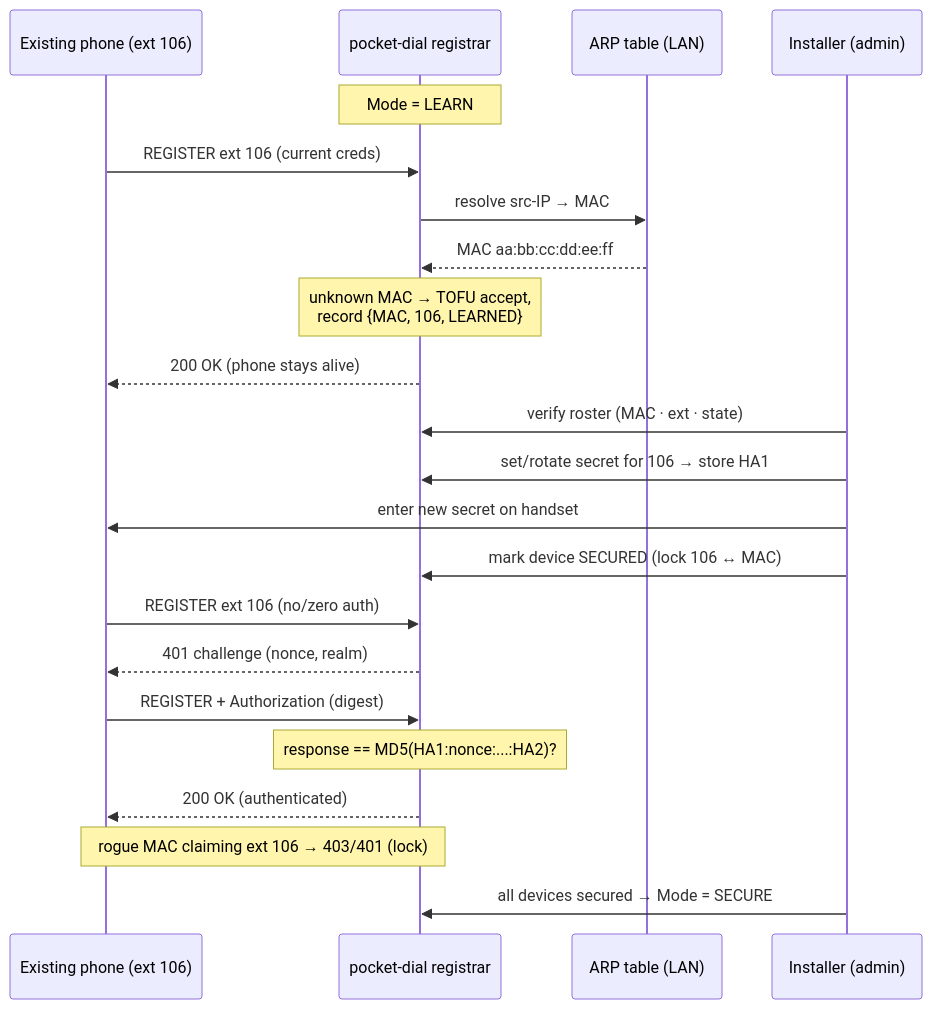
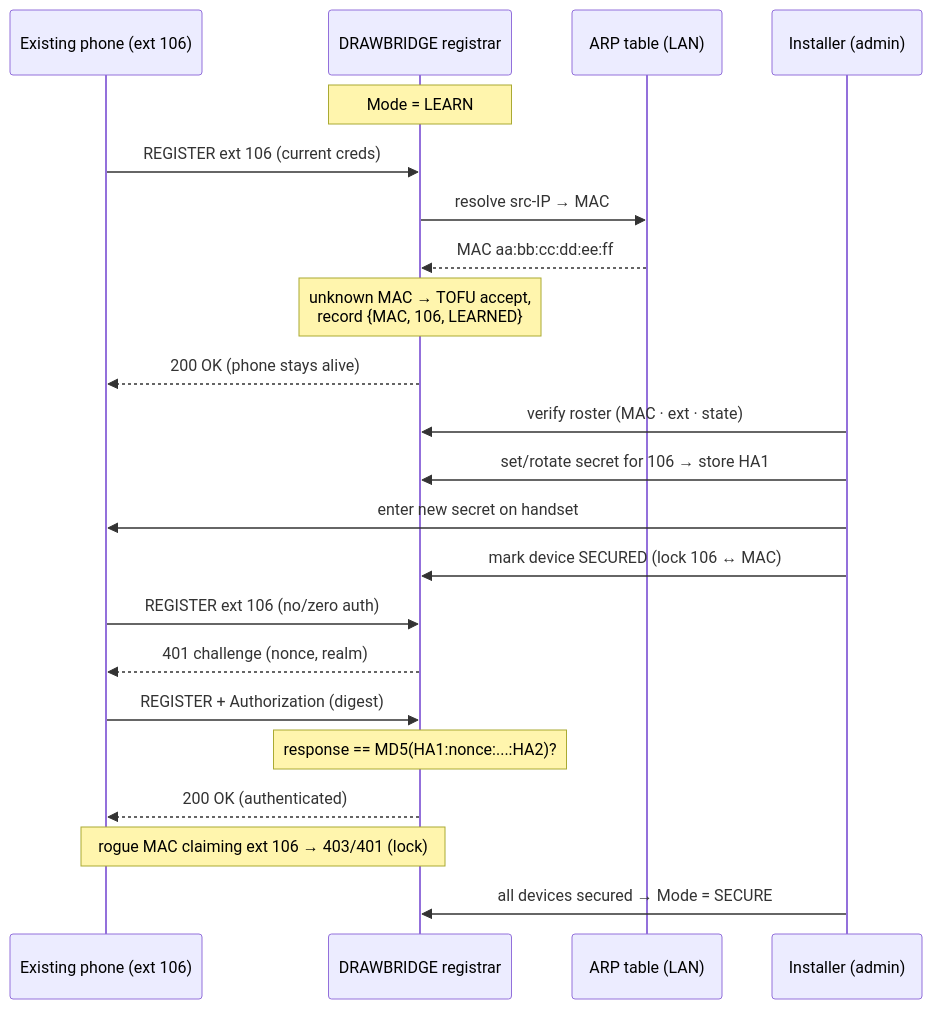
Before and after one commit to EC-SH/drawbridge: the diagram in docs/LEARN_MODE.md, drawn with Mermaid. The commit also changed other lines of this file and 44 other files, not shown here.

````diff
--- a/docs/LEARN_MODE.md
+++ b/docs/LEARN_MODE.md
@@ -127,25 +126,25 @@
 ```mermaid
 sequenceDiagram
     participant P as Existing phone (ext 106)
-    participant PD as pocket-dial registrar
+    participant PD as DRAWBRIDGE registrar
     participant A as ARP table (LAN)
     participant OP as Installer (admin)
 
     Note over PD: Mode = LEARN
     P->>PD: REGISTER ext 106 (current creds)
     PD->>A: resolve src-IP → MAC
     A-->>PD: MAC aa:bb:cc:dd:ee:ff
     Note over PD: unknown MAC → TOFU accept,<br/>record {MAC, 106, LEARNED}
     PD-->>P: 200 OK  (phone stays alive)
     OP->>PD: verify roster (MAC · ext · state)
     OP->>PD: set/rotate secret for 106 → store HA1
     OP->>P: enter new secret on handset
     OP->>PD: mark device SECURED (lock 106 ↔ MAC)
     P->>PD: REGISTER ext 106 (no/zero auth)
     PD-->>P: 401 challenge (nonce, realm)
     P->>PD: REGISTER + Authorization (digest)
     Note over PD: response == MD5(HA1:nonce:...:HA2)?
     PD-->>P: 200 OK  (authenticated)
     Note over P,PD: rogue MAC claiming ext 106 → 403/401 (lock)
     OP->>PD: all devices secured → Mode = SECURE
 ```
````
